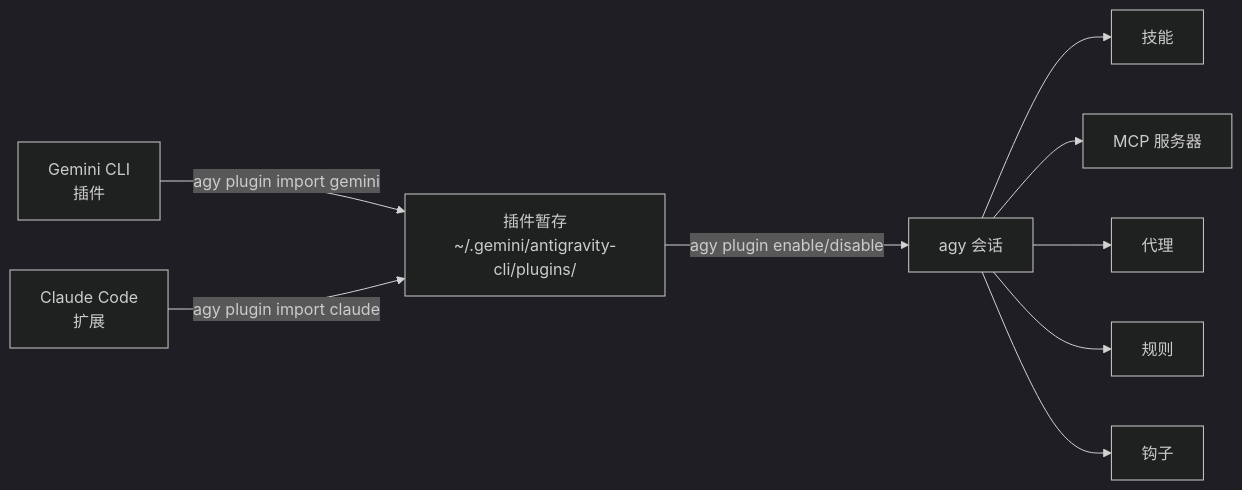
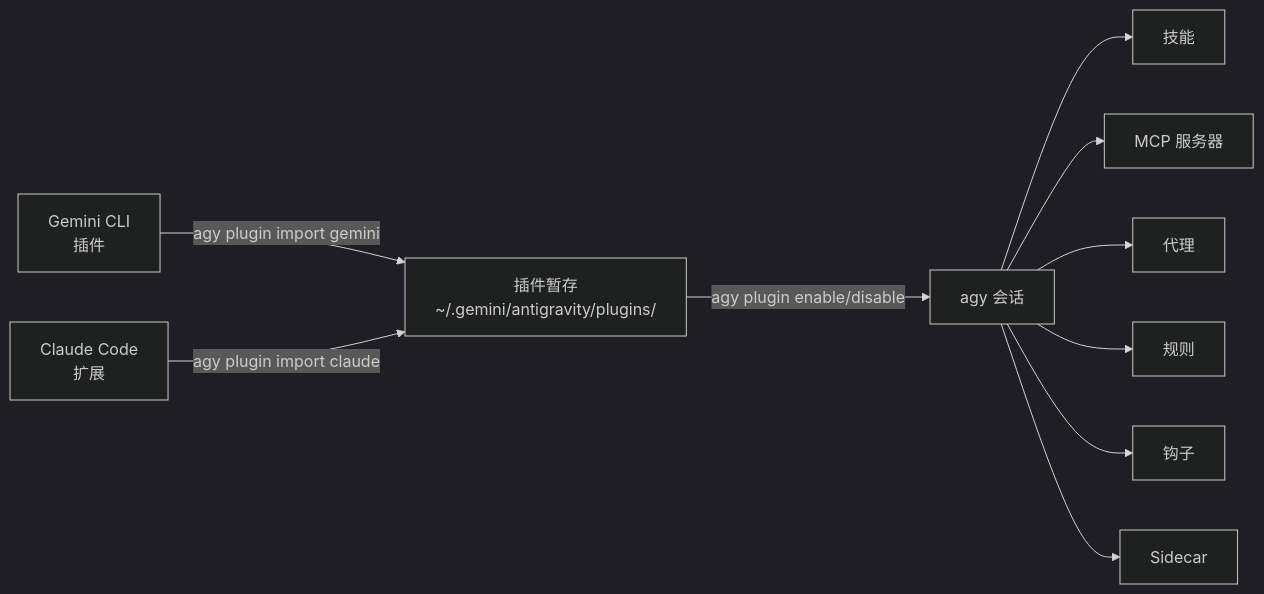
One commit to carlosmscabral/agy-cli-field-workshop changed the diagram in docs/zh/plugin-ecosystem.md. Above: the diagram before and after it, drawn with Mermaid (dark theme). The commit also changed other lines of this file and 16 other files, not shown here.

````diff
--- a/docs/zh/plugin-ecosystem.md
+++ b/docs/zh/plugin-ecosystem.md
@@ -194,11 +192,12 @@
 ```mermaid
 graph LR
-    GC["Gemini CLI\n插件"] -->|agy plugin import gemini| S["插件暂存\n~/.gemini/antigravity-cli/plugins/"]
-    CC["Claude Code\n扩展"] -->|agy plugin import claude| S
-    S -->|agy plugin enable/disable| A[agy 会话]
+    GC["Gemini CLI\n插件"] --> |agy plugin import gemini| S["插件暂存\n~/.gemini/antigravity/plugins/"]
+    CC["Claude Code\n扩展"] --> |agy plugin import claude| S
+    S --> |agy plugin enable/disable| A[agy 会话]
     A --> SK[技能]
     A --> MCP[MCP 服务器]
     A --> AG[代理]
     A --> RU[规则]
     A --> HK[钩子]
+    A --> SD[Sidecar]
 ```
````
